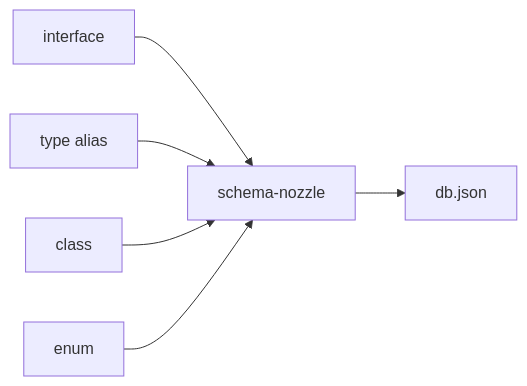
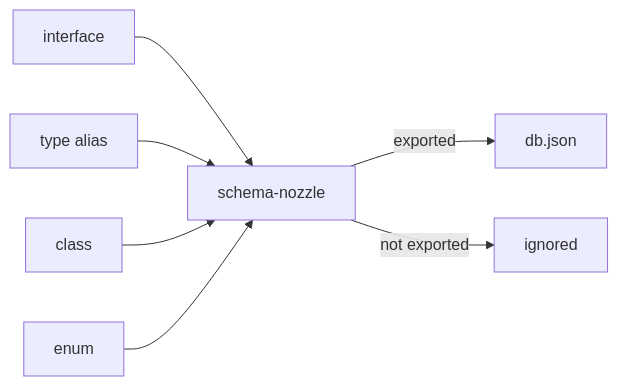
The diagram in README.md (imjuni/schema-nozzle), drawn with Mermaid before and after one commit. The commit also changed other lines of this file and 40 other files, not shown here.

````diff
--- a/README.md
+++ b/README.md
@@ -70,9 +49,10 @@
 ```mermaid
 graph LR
 
 INP_TI[interface] --> SN[schema-nozzle]
 INP_TT[type alias] --> SN[schema-nozzle]
 INP_TC[class] --> SN[schema-nozzle]
 INP_TE[enum] --> SN[schema-nozzle]
-SN --> DB[db.json]
+SN --> |exported| DB[db.json]
+SN --> |not exported| IG[ignored]
 ```
````
